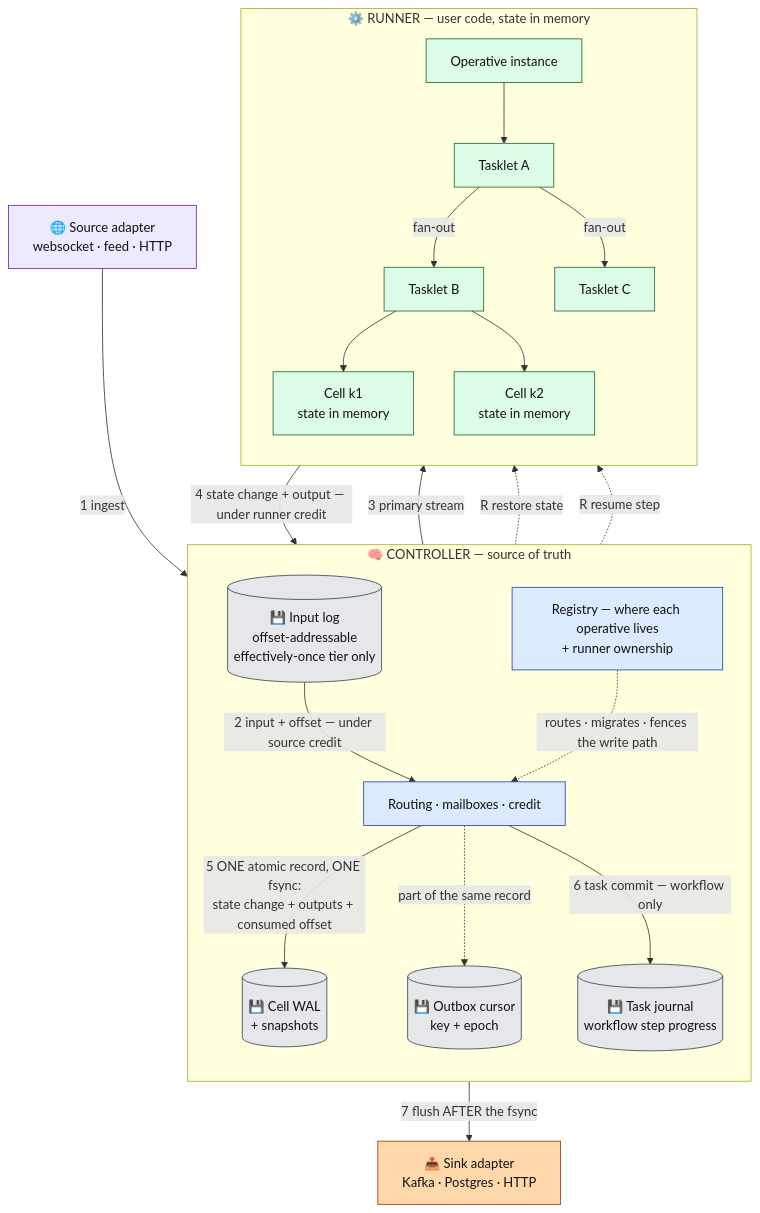
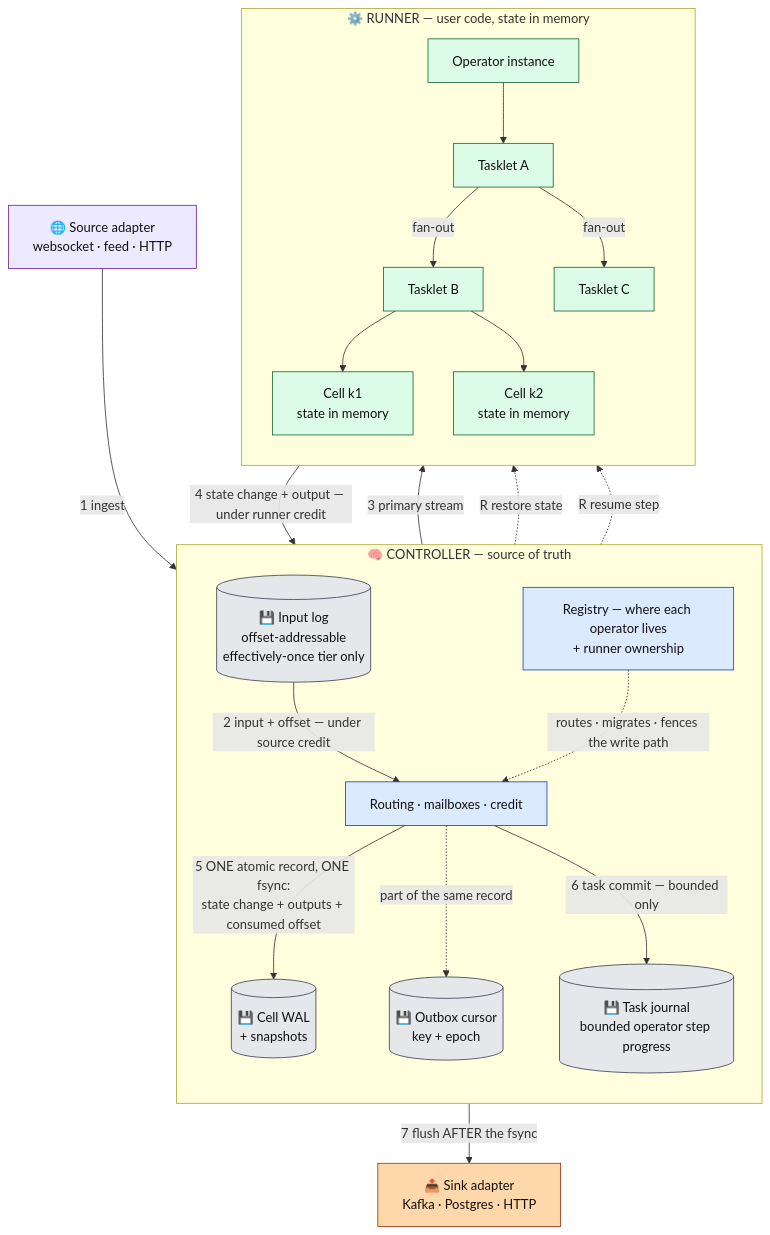
The fourth of 9 diagrams in docs/architecture/README.md (Flezha/flezha), drawn with Mermaid before and after one commit. The commit also changed other lines of this file and 929 other files, not shown here.

First line of the commit message:
Rename Operative to Operator, and its kinds to unbounded and bounded

````diff
--- a/docs/architecture/README.md
+++ b/docs/architecture/README.md
@@ -177,48 +177,48 @@
 ```mermaid
 flowchart TB
     SRC["🌐 Source adapter<br/>websocket · feed · HTTP"]:::src
     SINK["📤 Sink adapter<br/>Kafka · Postgres · HTTP"]:::sink
 
     subgraph CTRL["🧠 CONTROLLER — source of truth"]
         direction TB
         INLOG[("💾 Input log<br/>offset-addressable<br/>effectively-once tier only")]:::store
         ROUTE["Routing · mailboxes · credit"]:::ctrl
         WAL[("💾 Cell WAL<br/>+ snapshots")]:::store
-        JRN[("💾 Task journal<br/>workflow step progress")]:::store
+        JRN[("💾 Task journal<br/>bounded operator step progress")]:::store
         OBX[("💾 Outbox cursor<br/>key + epoch")]:::store
-        REG["Registry — where each operative lives<br/>+ runner ownership"]:::ctrl
+        REG["Registry — where each operator lives<br/>+ runner ownership"]:::ctrl
     end
 
     subgraph EXEC["⚙️ RUNNER — user code, state in memory"]
         direction TB
-        OPV["Operative instance"]:::exec
+        OPV["Operator instance"]:::exec
         OPA["Tasklet A"]:::exec
         OPB["Tasklet B"]:::exec
         OPC["Tasklet C"]:::exec
         SB1["Cell k1<br/>state in memory"]:::exec
         SB2["Cell k2<br/>state in memory"]:::exec
         OPV --> OPA
         OPA -->|"fan-out"| OPB
         OPA -->|"fan-out"| OPC
         OPB --> SB1
         OPB --> SB2
     end
 
     SRC -->|"1 ingest"| INLOG
     INLOG -->|"2 input + offset — under source credit"| ROUTE
     ROUTE -->|"3 primary stream"| OPV
     OPV -->|"4 state change + output — under runner credit"| ROUTE
     ROUTE -->|"5 ONE atomic record, ONE fsync:<br/>state change + outputs + consumed offset"| WAL
     ROUTE -.->|"part of the same record"| OBX
-    ROUTE -->|"6 task commit — workflow only"| JRN
+    ROUTE -->|"6 task commit — bounded only"| JRN
     OBX -->|"7 flush AFTER the fsync"| SINK
     WAL -.->|"R restore state"| OPV
     JRN -.->|"R resume step"| OPV
     REG -.->|"routes · migrates · fences the write path"| ROUTE
 
     classDef ctrl fill:#dbeafe,stroke:#1e40af,color:#111
     classDef exec fill:#dcfce7,stroke:#166534,color:#111
     classDef sink fill:#fed7aa,stroke:#9a3412,color:#111
     classDef src fill:#ede9fe,stroke:#6b21a8,color:#111
     classDef store fill:#e5e7eb,stroke:#374151,color:#111
 ```
````
